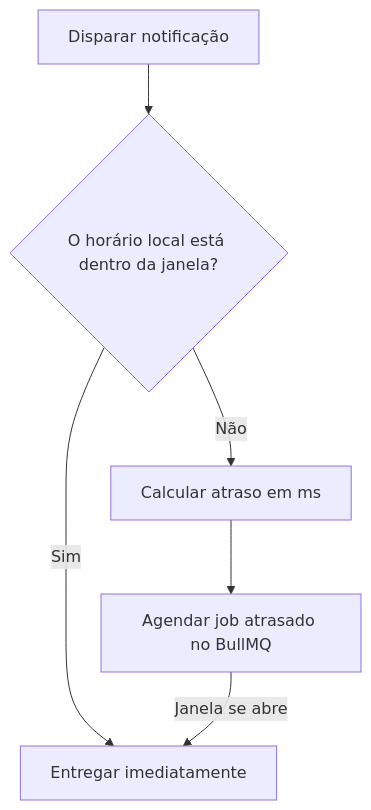
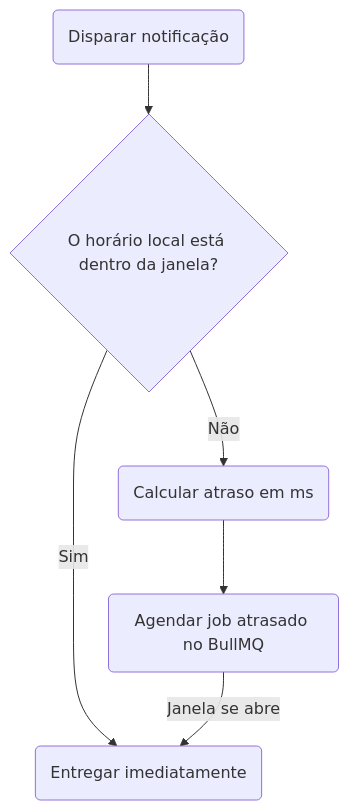
One commit to KriyanshKhunt/nexus_docs changed the diagram in content/docs/pt/platform/features/delivery-windows.mdx. Above: the diagram before and after it, drawn with Mermaid. The commit also changed 20 other files, not shown here.

Commit message:
Handle pt Mermaid charts

````diff
--- a/content/docs/pt/platform/features/delivery-windows.mdx
+++ b/content/docs/pt/platform/features/delivery-windows.mdx
@@ -10,8 +10,8 @@
 ```mermaid
 flowchart TD
-  Trigger[Disparar notificação] --> Check{O horário local está dentro da janela?}
-  Check -->|Sim| Deliver[Entregar imediatamente]
-  Check -->|Não| Delay[Calcular atraso em ms]
-  Delay --> Queue[Agendar job atrasado no BullMQ]
+  Trigger(Disparar notificação) --> Check{O horário local está dentro da janela?}
+  Check -->|Sim| Deliver(Entregar imediatamente)
+  Check -->|Não| Delay(Calcular atraso em ms)
+  Delay --> Queue(Agendar job atrasado no BullMQ)
   Queue -->|Janela se abre| Deliver
 ```
````
